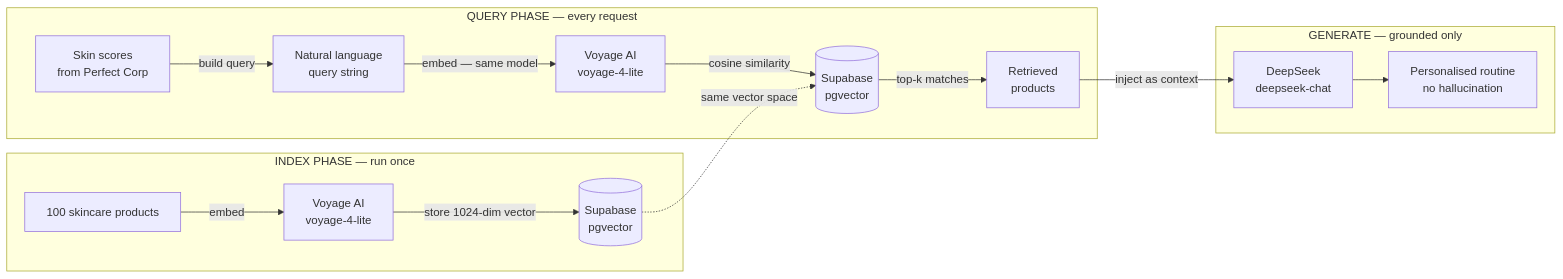
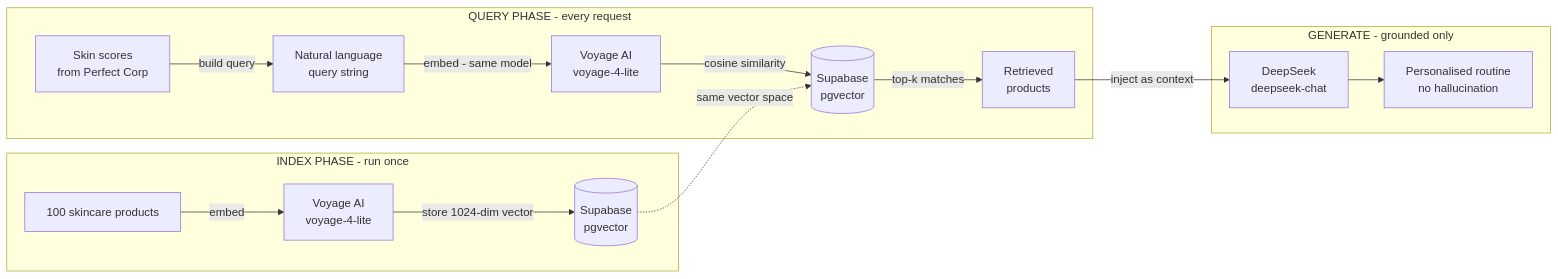
One commit to rkchellah/Confidence changed the first of 2 diagrams in README.md. Above: the diagram before and after it, drawn with Mermaid. The commit also changed other lines of this file and 13 other files, not shown here.

````diff
--- a/README.md
+++ b/README.md
@@ -20,21 +20,21 @@
 ```mermaid
 flowchart LR
-    subgraph INDEX ["INDEX PHASE — run once"]
+    subgraph INDEX ["INDEX PHASE - run once"]
         A[100 skincare products] -->|embed| B[Voyage AI\nvoyage-4-lite]
         B -->|store 1024-dim vector| C[(Supabase\npgvector)]
     end
 
-    subgraph QUERY ["QUERY PHASE — every request"]
+    subgraph QUERY ["QUERY PHASE - every request"]
         D[Skin scores\nfrom Perfect Corp] -->|build query| E[Natural language\nquery string]
-        E -->|embed — same model| F[Voyage AI\nvoyage-4-lite]
+        E -->|embed - same model| F[Voyage AI\nvoyage-4-lite]
         F -->|cosine similarity| G[(Supabase\npgvector)]
         G -->|top-k matches| H[Retrieved\nproducts]
     end
 
-    subgraph GENERATE ["GENERATE — grounded only"]
+    subgraph GENERATE ["GENERATE - grounded only"]
         H -->|inject as context| I[DeepSeek\ndeepseek-chat]
         I --> J[Personalised routine\nno hallucination]
     end
 
     C -.->|same vector space| G
 ```
````
